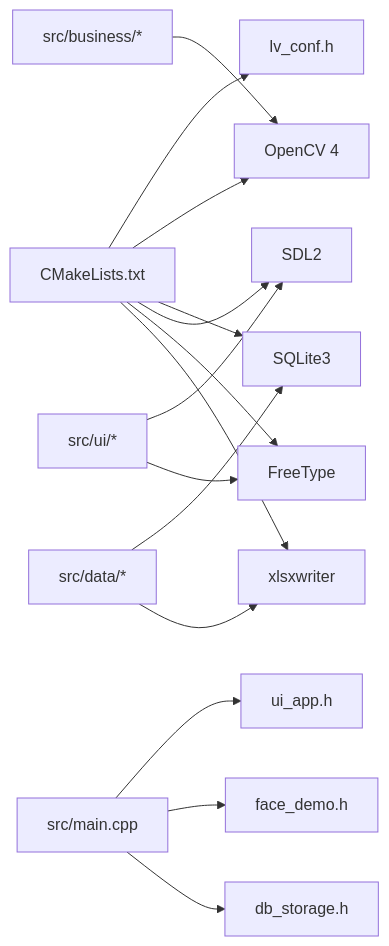
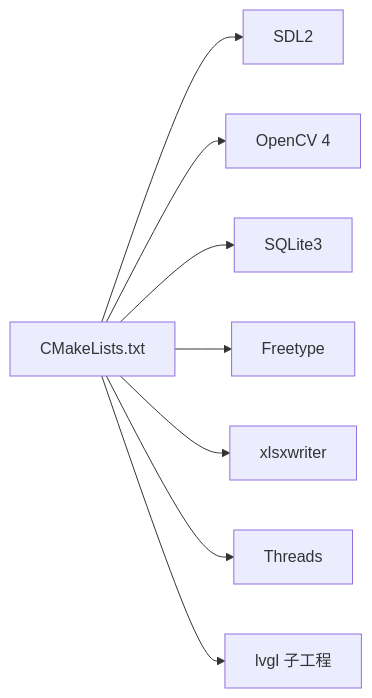
One commit to Drunk552/SmartAttendance changed the fourth of 5 diagrams in .qoder/repowiki/zh/content/快速开始.md. Above: the diagram before and after it, drawn with Mermaid. The commit also changed other lines of this file and 119 other files, not shown here.

````diff
--- a/.qoder/repowiki/zh/content/快速开始.md
+++ b/.qoder/repowiki/zh/content/快速开始.md
@@ -217,17 +260,10 @@
 ```mermaid
 graph LR
-A["CMakeLists.txt"] --> B["lv_conf.h"]
-A --> C["OpenCV 4"]
-A --> D["SQLite3"]
-A --> E["SDL2"]
-A --> F["FreeType"]
-A --> G["xlsxwriter"]
-H["src/main.cpp"] --> I["ui_app.h"]
-H --> J["face_demo.h"]
-H --> K["db_storage.h"]
-L["src/ui/*"] --> E
-L --> F
-M["src/business/*"] --> C
-N["src/data/*"] --> D
-N --> G
+CMake["CMakeLists.txt"] --> SDL2["SDL2"]
+CMake --> OpenCV["OpenCV 4"]
+CMake --> SQLite3["SQLite3"]
+CMake --> Freetype["Freetype"]
+CMake --> XLSX["xlsxwriter"]
+CMake --> Threads["Threads"]
+CMake --> LVGL["lvgl 子工程"]
 ```
````
